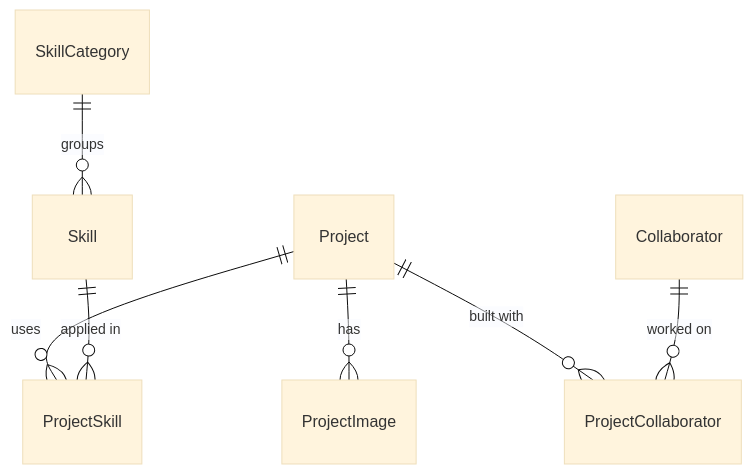
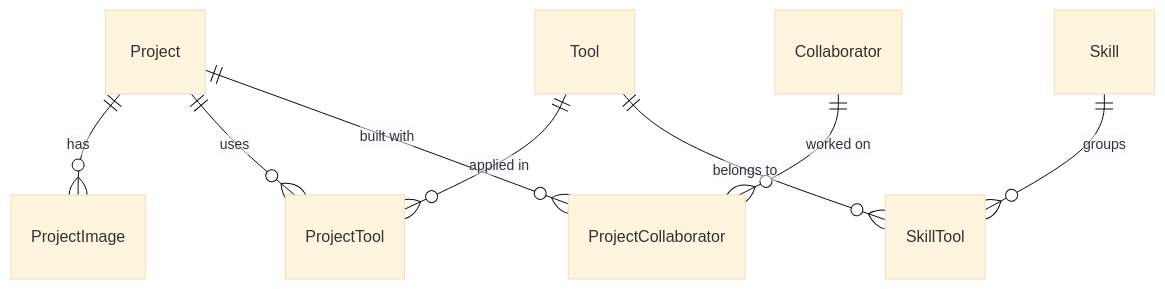
The diagram in docs/data.md (wends05/final-portfolio), drawn with Mermaid (base theme) before and after one commit. The commit also changed other lines of this file and 43 other files, not shown here.

First line of the commit message:
refactor: rename SkillCategory to Skill and Skill to Tool

````diff
--- a/docs/data.md
+++ b/docs/data.md
@@ -21,9 +21,10 @@
 ```mermaid
 erDiagram
     Project ||--o{ ProjectImage : has
-    Project ||--o{ ProjectSkill : uses
-    Skill ||--o{ ProjectSkill : "applied in"
-    SkillCategory ||--o{ Skill : groups
+    Project ||--o{ ProjectTool : uses
+    Tool ||--o{ ProjectTool : "applied in"
+    Skill ||--o{ SkillTool : groups
+    Tool ||--o{ SkillTool : "belongs to"
     Project ||--o{ ProjectCollaborator : "built with"
     Collaborator ||--o{ ProjectCollaborator : "worked on"
 ```
````
